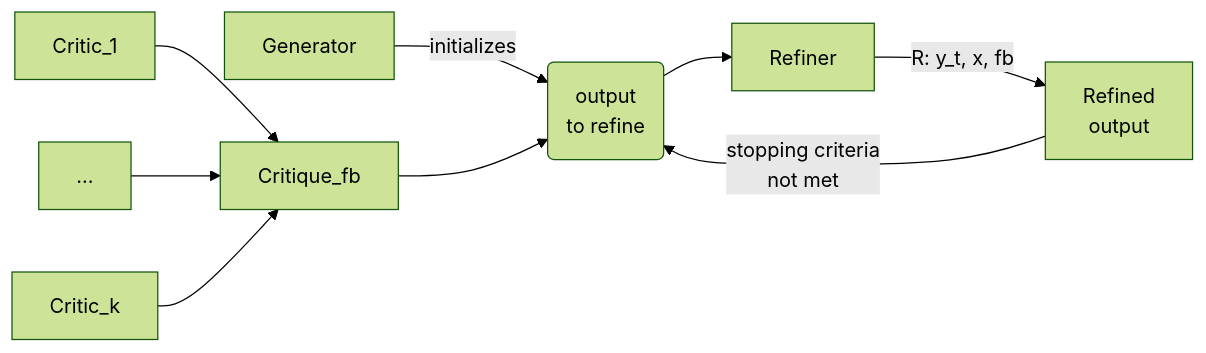
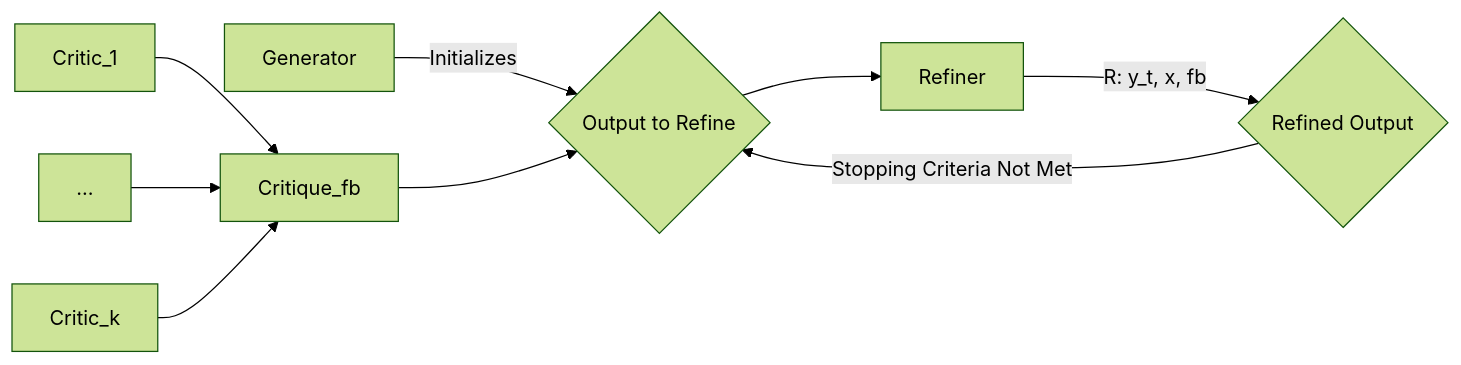
The diagram in README.md (madaan/self-refine), drawn with Mermaid (forest theme) before and after one commit. The commit also changed other lines of this file, not shown here.

````diff
--- a/README.md
+++ b/README.md
@@ -183,16 +194,11 @@
 ```mermaid
-
-flowchart  LR
-
-Generator -->|initializes|Unrefined
-
-Critic_1 --> Critique_fb
-... --> Critique_fb
-Critic_k --> Critique_fb
-
-Critique_fb --> Unrefined(output\nto refine) 
-Unrefined -->  Refiner
-
-Refiner --> |R: y_t, x, fb| Refined\noutput
-Refined\noutput --> |stopping criteria\nnot met|Unrefined
+flowchart LR
+    Generator -->|Initializes| Unrefined
+    Critic_1 --> Critique_fb
+    ... --> Critique_fb
+    Critic_k --> Critique_fb
+    Critique_fb --> Unrefined{Output to Refine}
+    Unrefined --> Refiner
+    Refiner --> |R: y_t, x, fb| Refined_Output{Refined Output}
+    Refined_Output --> |Stopping Criteria Not Met| Unrefined
 ```
````
